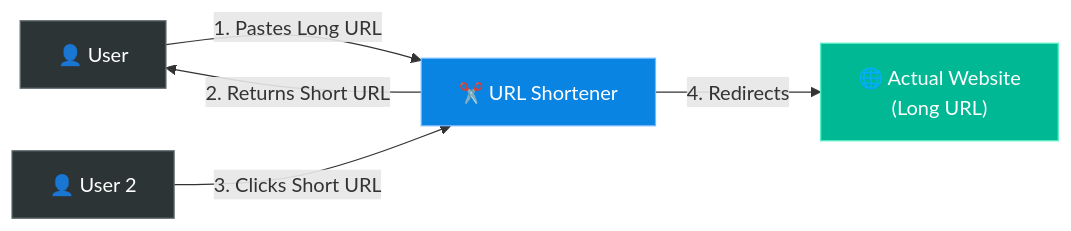
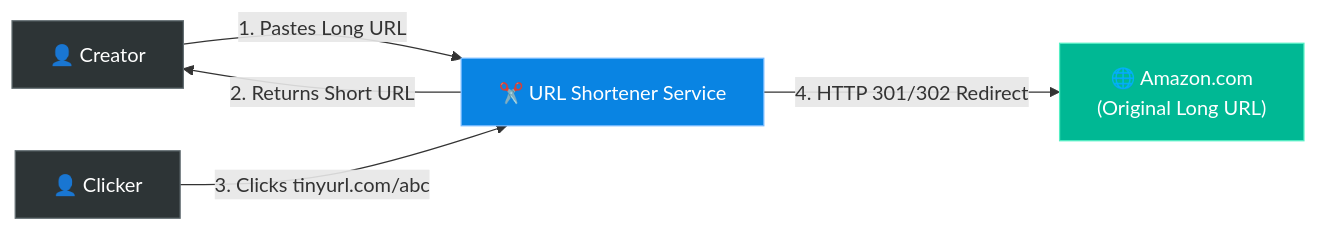
Before and after one commit to Gbirla06/systemDesign: the first of 4 diagrams in HLD/chapter_8/design_a_url_shortener.md, drawn with Mermaid. The commit also changed other lines of this file and 6 other files, not shown here.

````diff
--- a/HLD/chapter_8/design_a_url_shortener.md
+++ b/HLD/chapter_8/design_a_url_shortener.md
@@ -20,12 +27,12 @@
 ```mermaid
 graph LR
-    A["👤 User"] -->|"1. Pastes Long URL"| B["✂️ URL Shortener"]
+    A["👤 Creator"] -->|"1. Pastes Long URL"| B["✂️ URL Shortener Service"]
     B -->|"2. Returns Short URL"| A
-    C["👤 User 2"] -->|"3. Clicks Short URL"| B
-    B -->|"4. Redirects"| D["🌐 Actual Website\n(Long URL)"]
+    C["👤 Clicker"] -->|"3. Clicks tinyurl.com/abc"| B
+    B -->|"4. HTTP 301/302 Redirect"| D["🌐 Amazon.com\n(Original Long URL)"]
 
     style A fill:#2d3436,stroke:#636e72,color:#fff
     style B fill:#0984e3,stroke:#74b9ff,color:#fff
     style C fill:#2d3436,stroke:#636e72,color:#fff
     style D fill:#00b894,stroke:#55efc4,color:#fff
 ```
````
